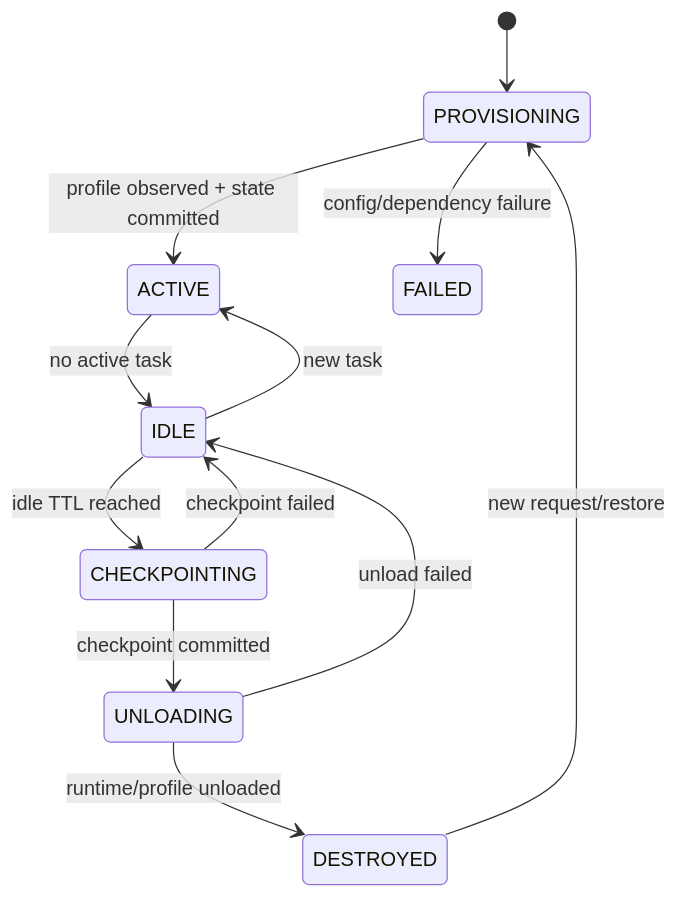
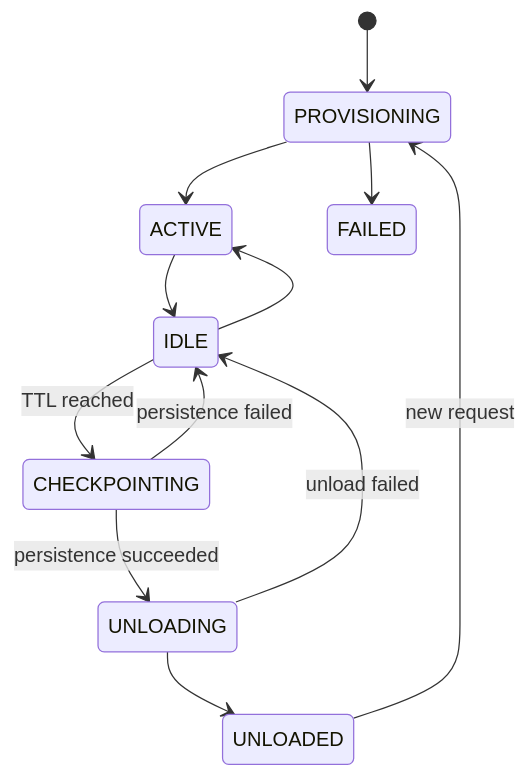
Before and after one commit to liuchuang164/AgentNest: the first of 2 diagrams in docs/lifecycle-persistence.md, drawn with Mermaid. The commit also changed other lines of this file, not shown here.

Commit message:
docs: simplify lifecycle persistence for single-node demo

````diff
--- a/docs/lifecycle-persistence.md
+++ b/docs/lifecycle-persistence.md
@@ -82,14 +73,14 @@
 ```mermaid
 stateDiagram-v2
     [*] --> PROVISIONING
-    PROVISIONING --> ACTIVE: profile observed + state committed
-    PROVISIONING --> FAILED: config/dependency failure
-    ACTIVE --> IDLE: no active task
-    IDLE --> ACTIVE: new task
-    IDLE --> CHECKPOINTING: idle TTL reached
-    CHECKPOINTING --> IDLE: checkpoint failed
-    CHECKPOINTING --> UNLOADING: checkpoint committed
-    UNLOADING --> DESTROYED: runtime/profile unloaded
+    PROVISIONING --> ACTIVE
+    PROVISIONING --> FAILED
+    ACTIVE --> IDLE
+    IDLE --> ACTIVE
+    IDLE --> CHECKPOINTING: TTL reached
+    CHECKPOINTING --> IDLE: persistence failed
+    CHECKPOINTING --> UNLOADING: persistence succeeded
+    UNLOADING --> UNLOADED
     UNLOADING --> IDLE: unload failed
-    DESTROYED --> PROVISIONING: new request/restore
+    UNLOADED --> PROVISIONING: new request
 ```
````
